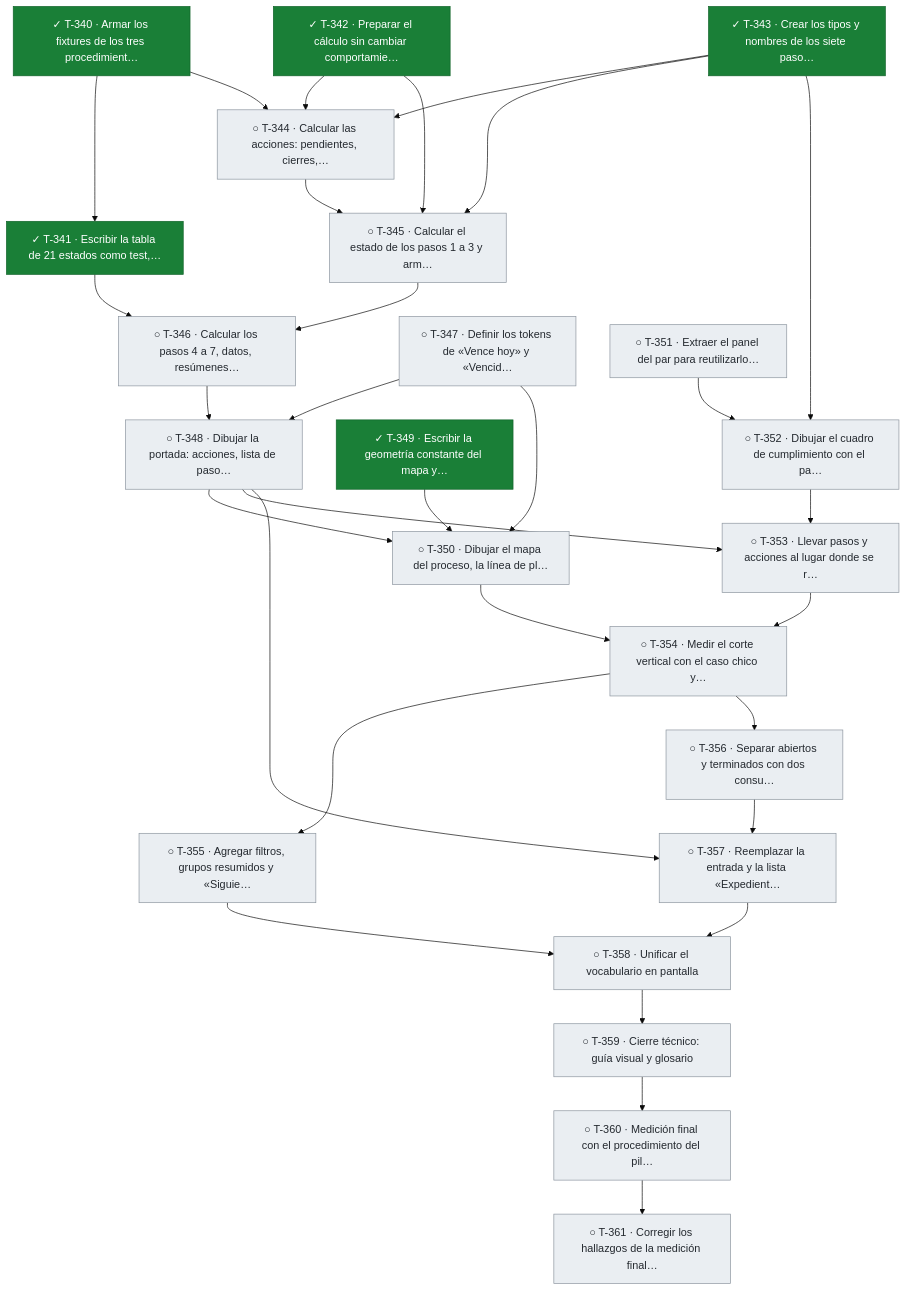
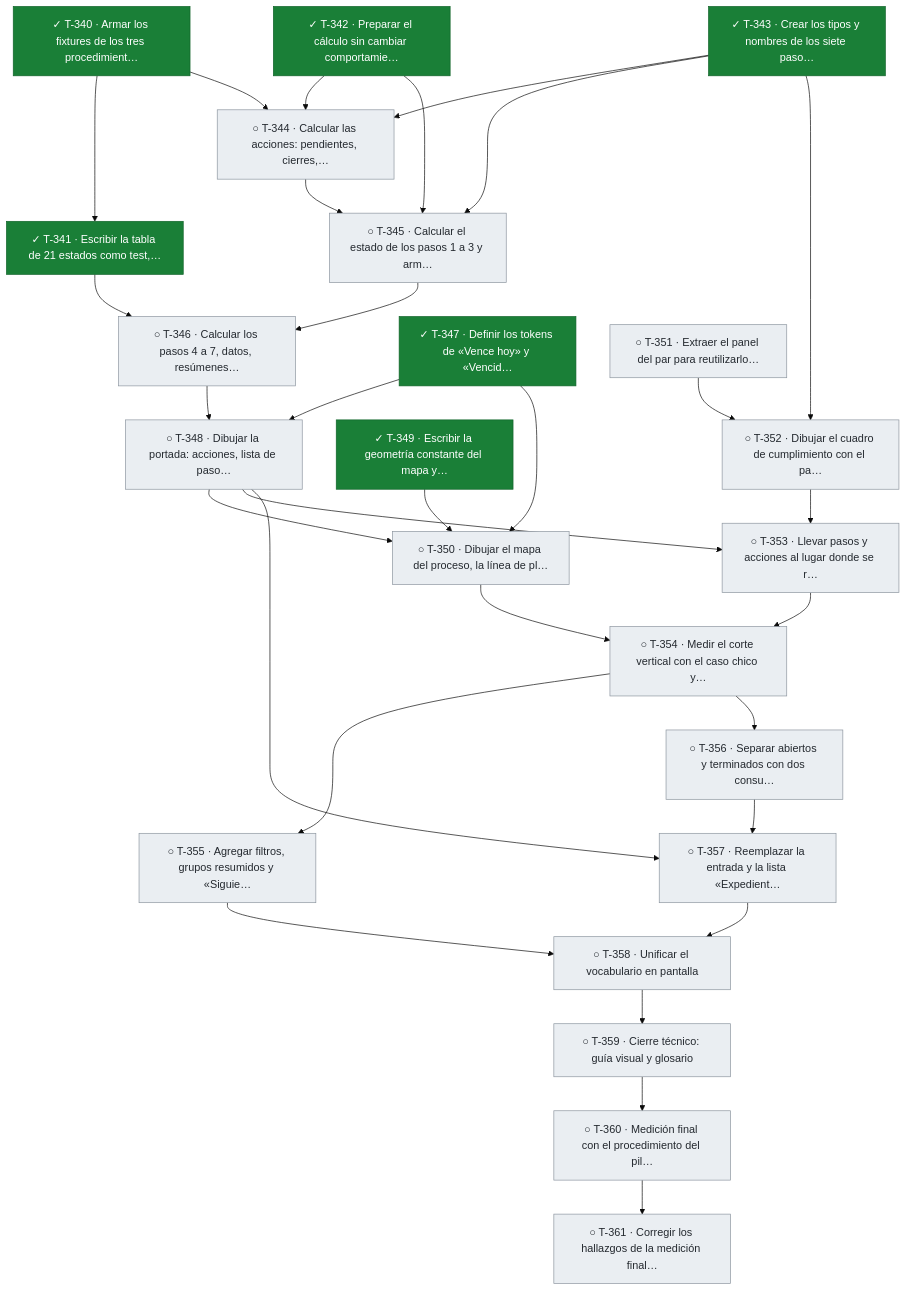
Diagram 25 of 25 in docs/tablero.md (snavello/EVALUON), drawn with Mermaid (base theme) before and after one commit. The commit also changed other lines of this file and 1 other file, not shown here.

Commit message:
gestión: T-347 terminada (tokens de Vence hoy y Vencido, proceso.css), avisos y tablero

````diff
--- a/docs/tablero.md
+++ b/docs/tablero.md
@@ -1922,59 +1922,59 @@
 ```mermaid
 flowchart TD
   T340["✓ T-340 · Armar los fixtures de los tres procedimient…"]:::done
   T341["✓ T-341 · Escribir la tabla de 21 estados como test,…"]:::done
   T342["✓ T-342 · Preparar el cálculo sin cambiar comportamie…"]:::done
   T343["✓ T-343 · Crear los tipos y nombres de los siete paso…"]:::done
   T344["○ T-344 · Calcular las acciones: pendientes, cierres,…"]:::todo
   T345["○ T-345 · Calcular el estado de los pasos 1 a 3 y arm…"]:::todo
   T346["○ T-346 · Calcular los pasos 4 a 7, datos, resúmenes…"]:::todo
-  T347["○ T-347 · Definir los tokens de «Vence hoy» y «Vencid…"]:::todo
+  T347["✓ T-347 · Definir los tokens de «Vence hoy» y «Vencid…"]:::done
   T348["○ T-348 · Dibujar la portada: acciones, lista de paso…"]:::todo
   T349["✓ T-349 · Escribir la geometría constante del mapa y…"]:::done
   T350["○ T-350 · Dibujar el mapa del proceso, la línea de pl…"]:::todo
   T351["○ T-351 · Extraer el panel del par para reutilizarlo…"]:::todo
   T352["○ T-352 · Dibujar el cuadro de cumplimiento con el pa…"]:::todo
   T353["○ T-353 · Llevar pasos y acciones al lugar donde se r…"]:::todo
   T354["○ T-354 · Medir el corte vertical con el caso chico y…"]:::todo
   T355["○ T-355 · Agregar filtros, grupos resumidos y «Siguie…"]:::todo
   T356["○ T-356 · Separar abiertos y terminados con dos consu…"]:::todo
   T357["○ T-357 · Reemplazar la entrada y la lista «Expedient…"]:::todo
   T358["○ T-358 · Unificar el vocabulario en pantalla"]:::todo
   T359["○ T-359 · Cierre técnico: guía visual y glosario"]:::todo
   T360["○ T-360 · Medición final con el procedimiento del pil…"]:::todo
   T361["○ T-361 · Corregir los hallazgos de la medición final…"]:::todo
   T340 --> T341
   T340 --> T344
   T342 --> T344
   T343 --> T344
   T342 --> T345
   T343 --> T345
   T344 --> T345
   T341 --> T346
   T345 --> T346
   T346 --> T348
   T347 --> T348
   T347 --> T350
   T348 --> T350
   T349 --> T350
   T343 --> T352
   T351 --> T352
   T348 --> T353
   T352 --> T353
   T350 --> T354
   T353 --> T354
   T354 --> T355
   T354 --> T356
   T348 --> T357
   T356 --> T357
   T355 --> T358
   T357 --> T358
   T358 --> T359
   T359 --> T360
   T360 --> T361
   classDef done fill:#1a7f37,stroke:#116329,color:#ffffff
   classDef review fill:#0969da,stroke:#0550ae,color:#ffffff
   classDef active fill:#bf8700,stroke:#7d4e00,color:#ffffff
   classDef blocked fill:#cf222e,stroke:#a40e26,color:#ffffff
   classDef todo fill:#eaeef2,stroke:#8c959f,color:#24292f
 ```
````
